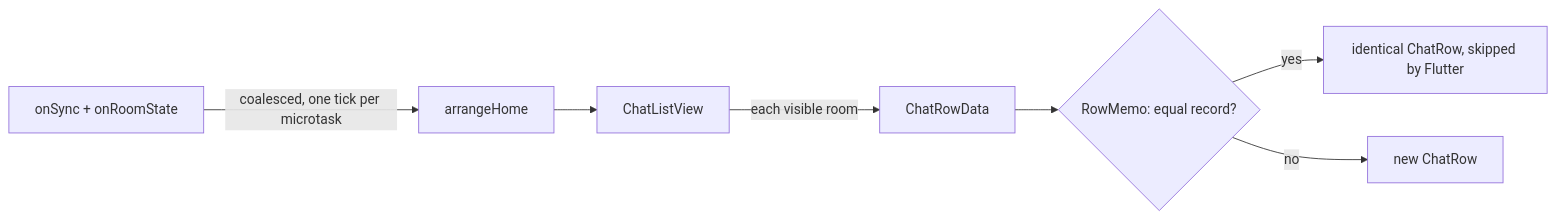
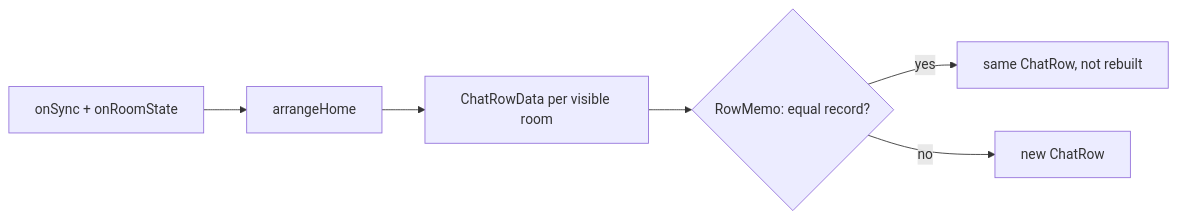
One commit to Zuno-Chat/zuno-chat changed the diagram in docs/features/rooms-membership.md. Above: the diagram before and after it, drawn with Mermaid. The commit also changed other lines of this file and 17 other files, not shown here.

````diff
--- a/docs/features/rooms-membership.md
+++ b/docs/features/rooms-membership.md
@@ -36,9 +33,8 @@
 ```mermaid
 flowchart LR
-  S["onSync + onRoomState"] -->|"coalesced, one tick per microtask"| A["arrangeHome"]
-  A --> V["ChatListView"]
-  V -->|"each visible room"| D["ChatRowData"]
+  S["onSync + onRoomState"] --> A["arrangeHome"]
+  A --> D["ChatRowData per visible room"]
   D --> M{"RowMemo: equal record?"}
-  M -->|yes| K["identical ChatRow, skipped by Flutter"]
+  M -->|yes| K["same ChatRow, not rebuilt"]
   M -->|no| N["new ChatRow"]
 ```
````
